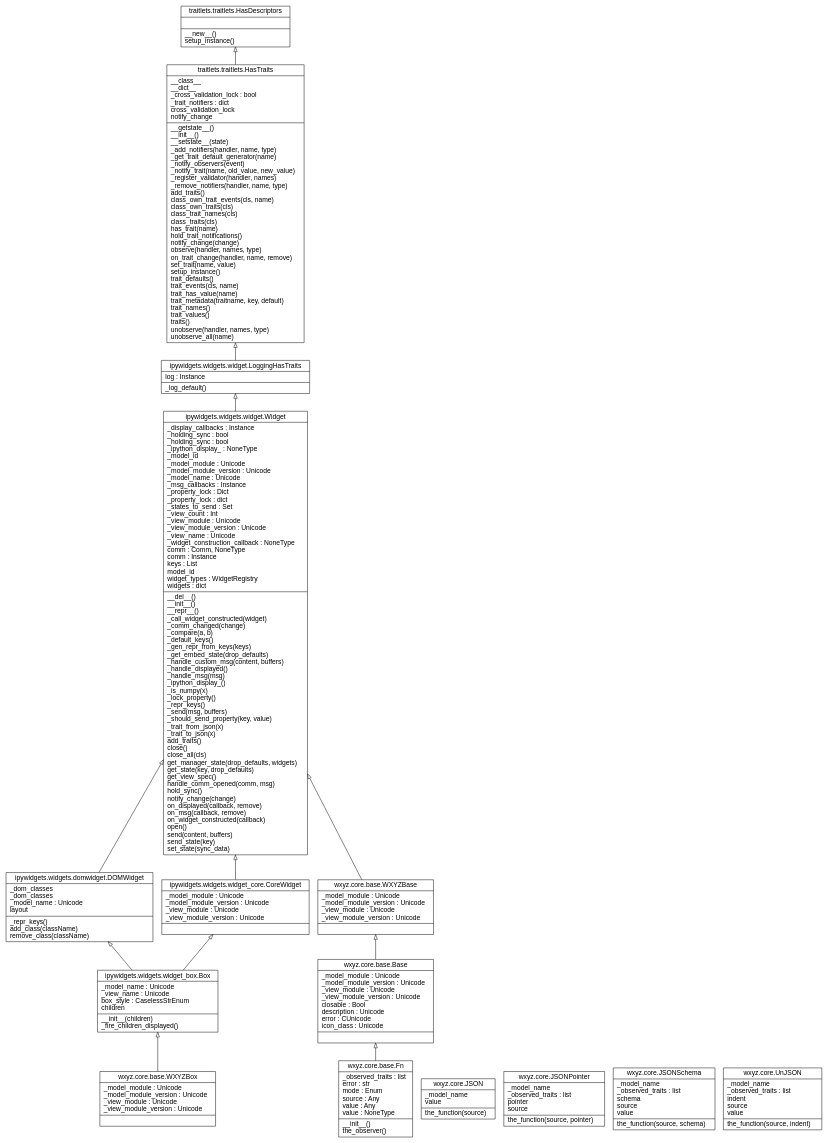
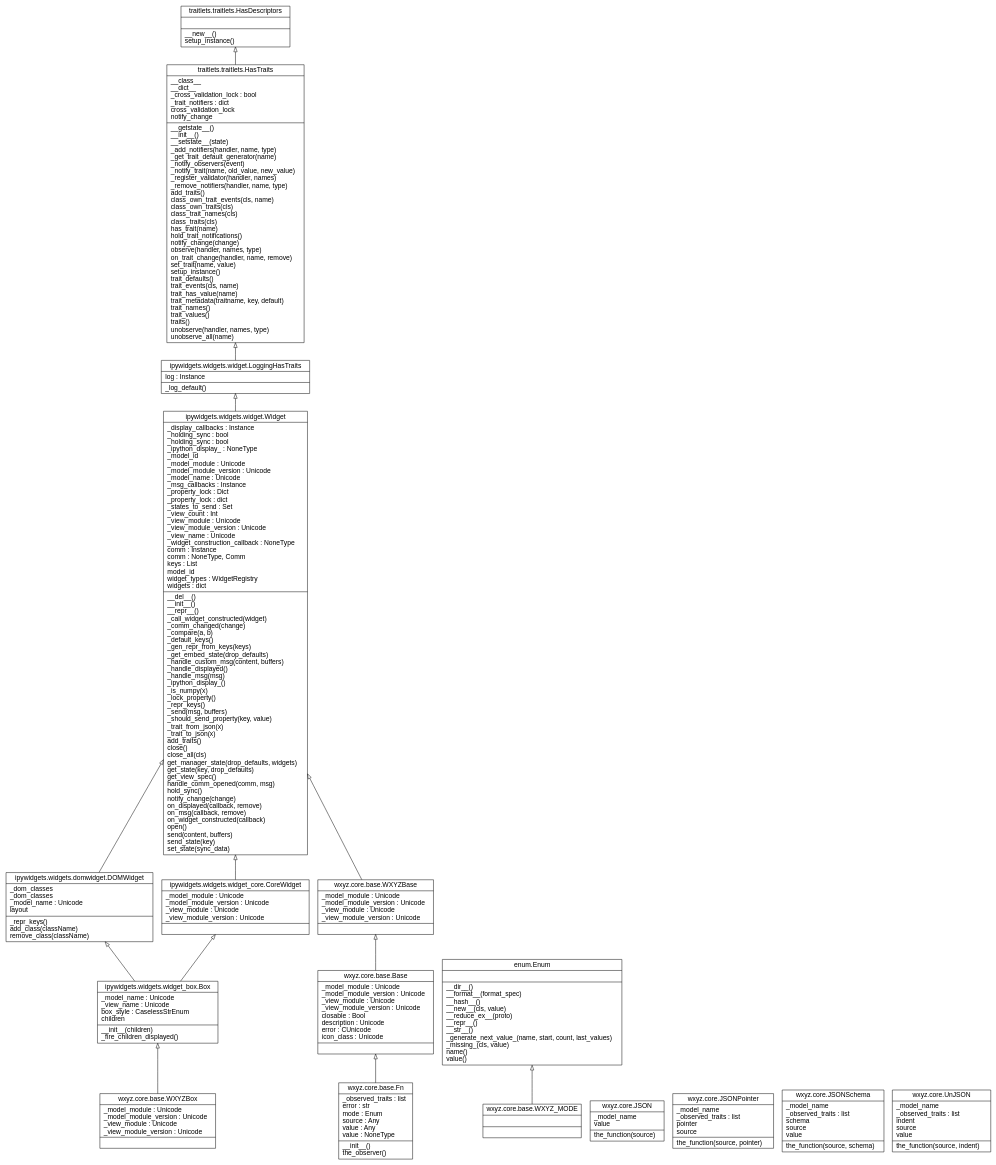
One commit to deathbeds/wxyz changed the diagram in docs/widgets/dot/classes_core.dot. Above: the diagram before and after it, drawn with Graphviz. The commit also changed 4 other files, not shown here.

```diff
--- a/docs/widgets/dot/classes_core.dot
+++ b/docs/widgets/dot/classes_core.dot
@@ -1,35 +1,38 @@
 digraph "classes_core" {
 
             graph [fontname = "sans-serif"];
             node [fontname = "sans-serif"];
             edge [fontname = "sans-serif"];
             
 charset="utf-8"
 rankdir=BT
 "0" [label="{wxyz.core.base.Base|_model_module : Unicode\l_model_module_version : Unicode\l_view_module : Unicode\l_view_module_version : Unicode\lclosable : Bool\ldescription : Unicode\lerror : CUnicode\licon_class : Unicode\l|}", shape="record"];
 "1" [label="{wxyz.core.base.Fn|_observed_traits : list\lerror : str\lmode : Enum\lsource : Any\lvalue : Any\lvalue : NoneType\l|__init__()\lthe_observer()\l}", shape="record"];
 "2" [label="{wxyz.core.base.WXYZBase|_model_module : Unicode\l_model_module_version : Unicode\l_view_module : Unicode\l_view_module_version : Unicode\l|}", shape="record"];
 "3" [label="{wxyz.core.base.WXYZBox|_model_module : Unicode\l_model_module_version : Unicode\l_view_module : Unicode\l_view_module_version : Unicode\l|}", shape="record"];
-"4" [label="{wxyz.core.JSON|_model_name\lvalue\l|the_function(source)\l}", shape="record"];
-"5" [label="{wxyz.core.JSONPointer|_model_name\l_observed_traits : list\lpointer\lsource\l|the_function(source, pointer)\l}", shape="record"];
-"6" [label="{wxyz.core.JSONSchema|_model_name\l_observed_traits : list\lschema\lsource\lvalue\l|the_function(source, schema)\l}", shape="record"];
-"7" [label="{wxyz.core.UnJSON|_model_name\l_observed_traits : list\lindent\lsource\lvalue\l|the_function(source, indent)\l}", shape="record"];
-"8" [label="{ipywidgets.widgets.domwidget.DOMWidget|_dom_classes\l_dom_classes\l_model_name : Unicode\llayout\l|_repr_keys()\ladd_class(className)\lremove_class(className)\l}", shape="record"];
-"9" [label="{ipywidgets.widgets.widget.LoggingHasTraits|log : Instance\l|_log_default()\l}", shape="record"];
-"10" [label="{ipywidgets.widgets.widget.Widget|_display_callbacks : Instance\l_holding_sync : bool\l_holding_sync : bool\l_ipython_display_ : NoneType\l_model_id\l_model_module : Unicode\l_model_module_version : Unicode\l_model_name : Unicode\l_msg_callbacks : Instance\l_property_lock : Dict\l_property_lock : dict\l_states_to_send : Set\l_view_count : Int\l_view_module : Unicode\l_view_module_version : Unicode\l_view_name : Unicode\l_widget_construction_callback : NoneType\lcomm : Comm, NoneType\lcomm : Instance\lkeys : List\lmodel_id\lwidget_types : WidgetRegistry\lwidgets : dict\l|__del__()\l__init__()\l__repr__()\l_call_widget_constructed(widget)\l_comm_changed(change)\l_compare(a, b)\l_default_keys()\l_gen_repr_from_keys(keys)\l_get_embed_state(drop_defaults)\l_handle_custom_msg(content, buffers)\l_handle_displayed()\l_handle_msg(msg)\l_ipython_display_()\l_is_numpy(x)\l_lock_property()\l_repr_keys()\l_send(msg, buffers)\l_should_send_property(key, value)\l_trait_from_json(x)\l_trait_to_json(x)\ladd_traits()\lclose()\lclose_all(cls)\lget_manager_state(drop_defaults, widgets)\lget_state(key, drop_defaults)\lget_view_spec()\lhandle_comm_opened(comm, msg)\lhold_sync()\lnotify_change(change)\lon_displayed(callback, remove)\lon_msg(callback, remove)\lon_widget_constructed(callback)\lopen()\lsend(content, buffers)\lsend_state(key)\lset_state(sync_data)\l}", shape="record"];
-"11" [label="{ipywidgets.widgets.widget_box.Box|_model_name : Unicode\l_view_name : Unicode\lbox_style : CaselessStrEnum\lchildren\l|__init__(children)\l_fire_children_displayed()\l}", shape="record"];
-"12" [label="{ipywidgets.widgets.widget_core.CoreWidget|_model_module : Unicode\l_model_module_version : Unicode\l_view_module : Unicode\l_view_module_version : Unicode\l|}", shape="record"];
-"13" [label="{traitlets.traitlets.HasDescriptors|\l|__new__()\lsetup_instance()\l}", shape="record"];
-"14" [label="{traitlets.traitlets.HasTraits|__class__\l__dict__\l_cross_validation_lock : bool\l_trait_notifiers : dict\lcross_validation_lock\lnotify_change\l|__getstate__()\l__init__()\l__setstate__(state)\l_add_notifiers(handler, name, type)\l_get_trait_default_generator(name)\l_notify_observers(event)\l_notify_trait(name, old_value, new_value)\l_register_validator(handler, names)\l_remove_notifiers(handler, name, type)\ladd_traits()\lclass_own_trait_events(cls, name)\lclass_own_traits(cls)\lclass_trait_names(cls)\lclass_traits(cls)\lhas_trait(name)\lhold_trait_notifications()\lnotify_change(change)\lobserve(handler, names, type)\lon_trait_change(handler, name, remove)\lset_trait(name, value)\lsetup_instance()\ltrait_defaults()\ltrait_events(cls, name)\ltrait_has_value(name)\ltrait_metadata(traitname, key, default)\ltrait_names()\ltrait_values()\ltraits()\lunobserve(handler, names, type)\lunobserve_all(name)\l}", shape="record"];
+"4" [label="{wxyz.core.base.WXYZ_MODE|\l|}", shape="record"];
+"5" [label="{wxyz.core.JSON|_model_name\lvalue\l|the_function(source)\l}", shape="record"];
+"6" [label="{wxyz.core.JSONPointer|_model_name\l_observed_traits : list\lpointer\lsource\l|the_function(source, pointer)\l}", shape="record"];
+"7" [label="{wxyz.core.JSONSchema|_model_name\l_observed_traits : list\lschema\lsource\lvalue\l|the_function(source, schema)\l}", shape="record"];
+"8" [label="{wxyz.core.UnJSON|_model_name\l_observed_traits : list\lindent\lsource\lvalue\l|the_function(source, indent)\l}", shape="record"];
+"9" [label="{enum.Enum|\l|__dir__()\l__format__(format_spec)\l__hash__()\l__new__(cls, value)\l__reduce_ex__(proto)\l__repr__()\l__str__()\l_generate_next_value_(name, start, count, last_values)\l_missing_(cls, value)\lname()\lvalue()\l}", shape="record"];
+"10" [label="{ipywidgets.widgets.domwidget.DOMWidget|_dom_classes\l_dom_classes\l_model_name : Unicode\llayout\l|_repr_keys()\ladd_class(className)\lremove_class(className)\l}", shape="record"];
+"11" [label="{ipywidgets.widgets.widget.LoggingHasTraits|log : Instance\l|_log_default()\l}", shape="record"];
+"12" [label="{ipywidgets.widgets.widget.Widget|_display_callbacks : Instance\l_holding_sync : bool\l_holding_sync : bool\l_ipython_display_ : NoneType\l_model_id\l_model_module : Unicode\l_model_module_version : Unicode\l_model_name : Unicode\l_msg_callbacks : Instance\l_property_lock : Dict\l_property_lock : dict\l_states_to_send : Set\l_view_count : Int\l_view_module : Unicode\l_view_module_version : Unicode\l_view_name : Unicode\l_widget_construction_callback : NoneType\lcomm : Instance\lcomm : NoneType, Comm\lkeys : List\lmodel_id\lwidget_types : WidgetRegistry\lwidgets : dict\l|__del__()\l__init__()\l__repr__()\l_call_widget_constructed(widget)\l_comm_changed(change)\l_compare(a, b)\l_default_keys()\l_gen_repr_from_keys(keys)\l_get_embed_state(drop_defaults)\l_handle_custom_msg(content, buffers)\l_handle_displayed()\l_handle_msg(msg)\l_ipython_display_()\l_is_numpy(x)\l_lock_property()\l_repr_keys()\l_send(msg, buffers)\l_should_send_property(key, value)\l_trait_from_json(x)\l_trait_to_json(x)\ladd_traits()\lclose()\lclose_all(cls)\lget_manager_state(drop_defaults, widgets)\lget_state(key, drop_defaults)\lget_view_spec()\lhandle_comm_opened(comm, msg)\lhold_sync()\lnotify_change(change)\lon_displayed(callback, remove)\lon_msg(callback, remove)\lon_widget_constructed(callback)\lopen()\lsend(content, buffers)\lsend_state(key)\lset_state(sync_data)\l}", shape="record"];
+"13" [label="{ipywidgets.widgets.widget_box.Box|_model_name : Unicode\l_view_name : Unicode\lbox_style : CaselessStrEnum\lchildren\l|__init__(children)\l_fire_children_displayed()\l}", shape="record"];
+"14" [label="{ipywidgets.widgets.widget_core.CoreWidget|_model_module : Unicode\l_model_module_version : Unicode\l_view_module : Unicode\l_view_module_version : Unicode\l|}", shape="record"];
+"15" [label="{traitlets.traitlets.HasDescriptors|\l|__new__()\lsetup_instance()\l}", shape="record"];
+"16" [label="{traitlets.traitlets.HasTraits|__class__\l__dict__\l_cross_validation_lock : bool\l_trait_notifiers : dict\lcross_validation_lock\lnotify_change\l|__getstate__()\l__init__()\l__setstate__(state)\l_add_notifiers(handler, name, type)\l_get_trait_default_generator(name)\l_notify_observers(event)\l_notify_trait(name, old_value, new_value)\l_register_validator(handler, names)\l_remove_notifiers(handler, name, type)\ladd_traits()\lclass_own_trait_events(cls, name)\lclass_own_traits(cls)\lclass_trait_names(cls)\lclass_traits(cls)\lhas_trait(name)\lhold_trait_notifications()\lnotify_change(change)\lobserve(handler, names, type)\lon_trait_change(handler, name, remove)\lset_trait(name, value)\lsetup_instance()\ltrait_defaults()\ltrait_events(cls, name)\ltrait_has_value(name)\ltrait_metadata(traitname, key, default)\ltrait_names()\ltrait_values()\ltraits()\lunobserve(handler, names, type)\lunobserve_all(name)\l}", shape="record"];
 "0" -> "2" [arrowhead="empty", arrowtail="none"];
 "1" -> "0" [arrowhead="empty", arrowtail="none"];
-"2" -> "10" [arrowhead="empty", arrowtail="none"];
-"3" -> "11" [arrowhead="empty", arrowtail="none"];
-"8" -> "10" [arrowhead="empty", arrowtail="none"];
-"9" -> "14" [arrowhead="empty", arrowtail="none"];
-"10" -> "9" [arrowhead="empty", arrowtail="none"];
-"11" -> "8" [arrowhead="empty", arrowtail="none"];
-"11" -> "12" [arrowhead="empty", arrowtail="none"];
-"12" -> "10" [arrowhead="empty", arrowtail="none"];
-"14" -> "13" [arrowhead="empty", arrowtail="none"];
+"2" -> "12" [arrowhead="empty", arrowtail="none"];
+"3" -> "13" [arrowhead="empty", arrowtail="none"];
+"4" -> "9" [arrowhead="empty", arrowtail="none"];
+"10" -> "12" [arrowhead="empty", arrowtail="none"];
+"11" -> "16" [arrowhead="empty", arrowtail="none"];
+"12" -> "11" [arrowhead="empty", arrowtail="none"];
+"13" -> "10" [arrowhead="empty", arrowtail="none"];
+"13" -> "14" [arrowhead="empty", arrowtail="none"];
+"14" -> "12" [arrowhead="empty", arrowtail="none"];
+"16" -> "15" [arrowhead="empty", arrowtail="none"];
 }
```
